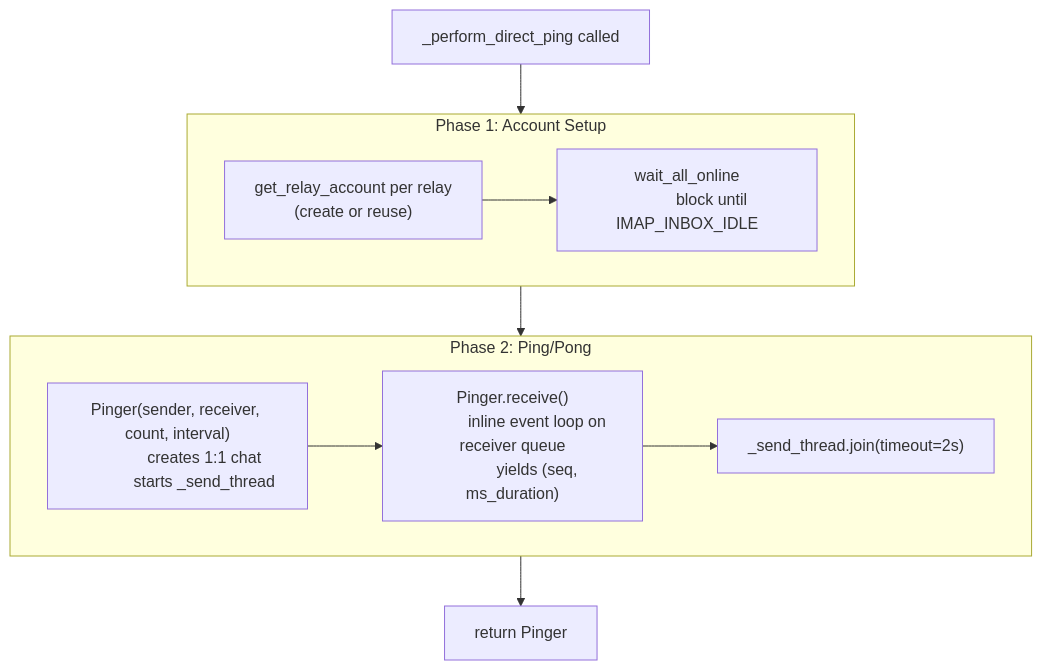
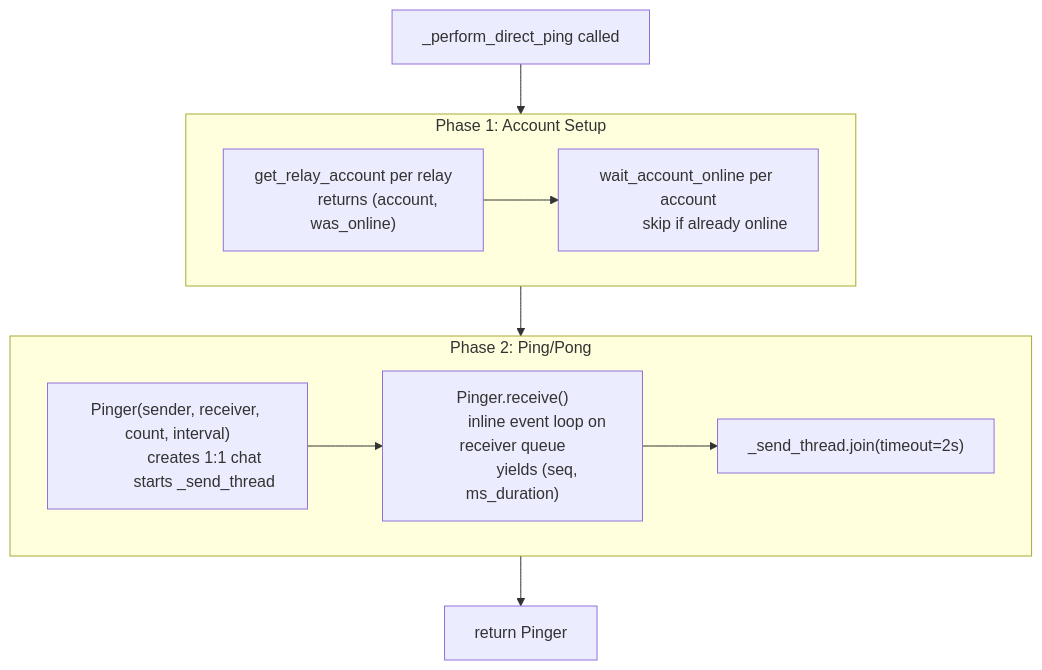
Before and after one commit to j4n/chatmail-prober: the ninth of 9 diagrams in TECHNICAL.md, drawn with Mermaid. The commit also changed other lines of this file and 1 other file, not shown here.

First line of the commit message:
Update docs for per-worker RelayPool model and account reuse

````diff
--- a/TECHNICAL.md
+++ b/TECHNICAL.md
@@ -541,27 +564,27 @@
 ```mermaid
 flowchart TD
     A[_perform_direct_ping called] --> B
 
     subgraph B["Phase 1: Account Setup"]
         B1["get_relay_account per relay
-            (create or reuse)"]
-        B2["wait_all_online
-            block until IMAP_INBOX_IDLE"]
+            returns (account, was_online)"]
+        B2["wait_account_online per account
+            skip if already online"]
         B1 --> B2
     end
 
     B --> D
 
     subgraph D["Phase 2: Ping/Pong"]
         D1["Pinger(sender, receiver, count, interval)
             creates 1:1 chat
             starts _send_thread"]
         D2["Pinger.receive()
             inline event loop on receiver queue
             yields (seq, ms_duration)"]
         D3["_send_thread.join(timeout=2s)"]
         D1 --> D2 --> D3
     end
 
     D --> F[return Pinger]
 ```
````
